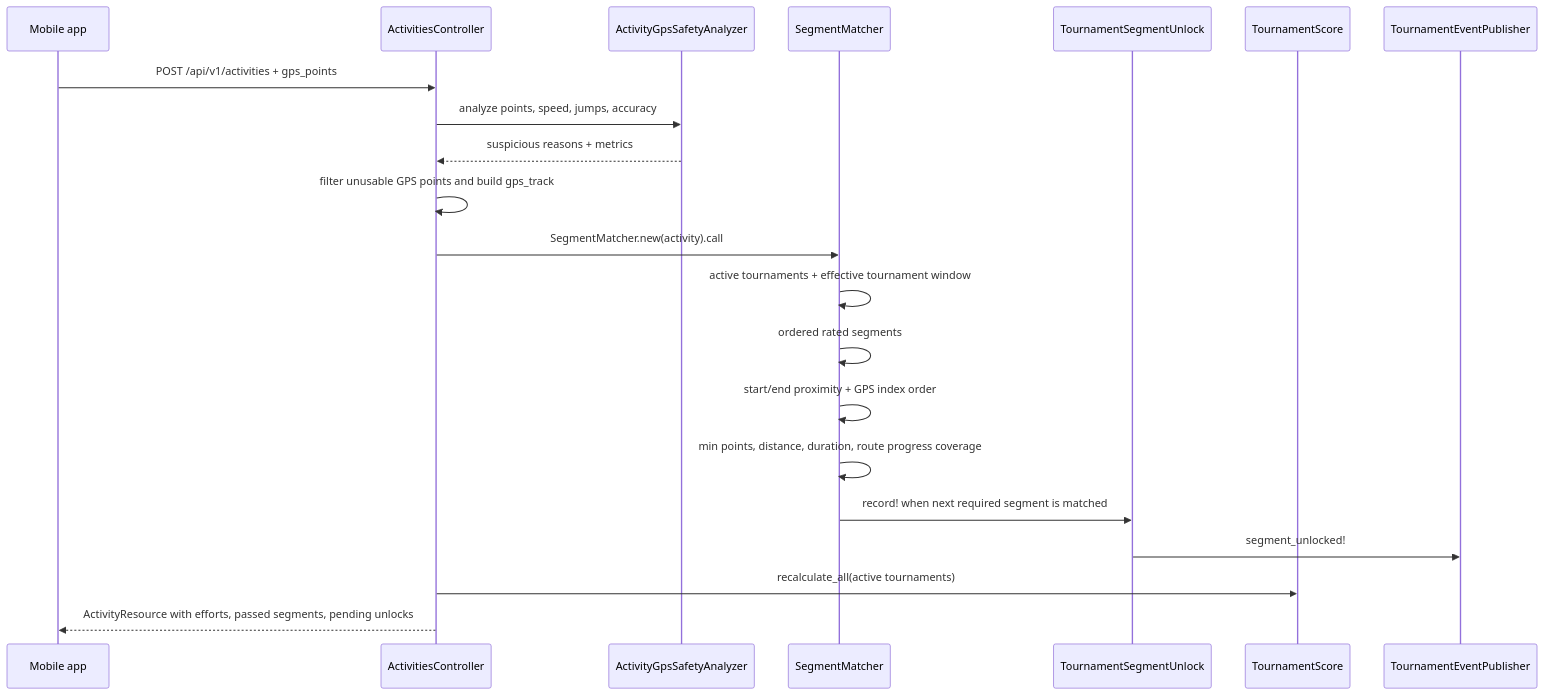
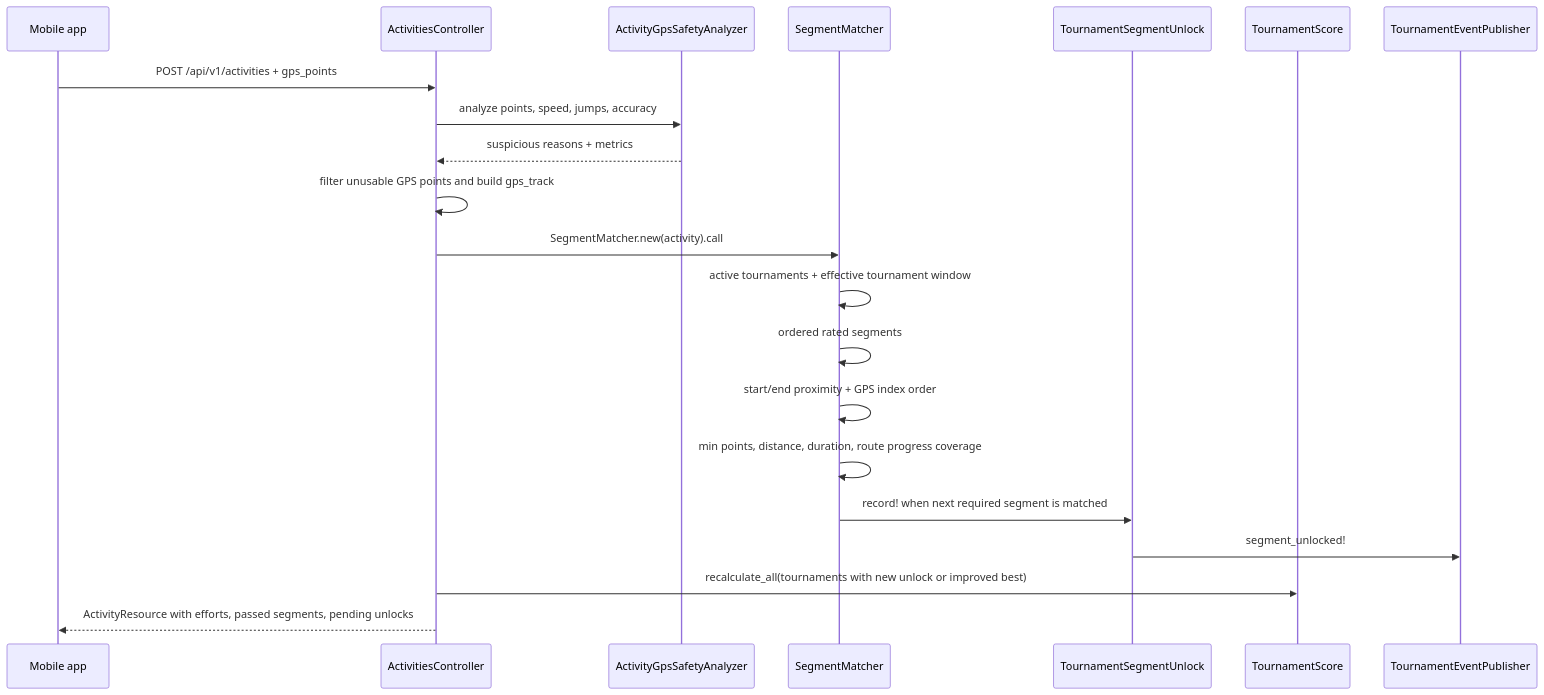
Before and after one commit to oleg-voloshyn/SplitRace: the second of 2 diagrams in docs/segment-tracking.md, drawn with Mermaid. The commit also changed other lines of this file and 7 other files, not shown here.

````diff
--- a/docs/segment-tracking.md
+++ b/docs/segment-tracking.md
@@ -57,24 +60,24 @@
 ```mermaid
 sequenceDiagram
   participant App as Mobile app
   participant API as ActivitiesController
   participant Safety as ActivityGpsSafetyAnalyzer
   participant Matcher as SegmentMatcher
   participant Unlock as TournamentSegmentUnlock
   participant Score as TournamentScore
   participant Feed as TournamentEventPublisher
 
   App->>API: POST /api/v1/activities + gps_points
   API->>Safety: analyze points, speed, jumps, accuracy
   Safety-->>API: suspicious reasons + metrics
   API->>API: filter unusable GPS points and build gps_track
   API->>Matcher: SegmentMatcher.new(activity).call
   Matcher->>Matcher: active tournaments + effective tournament window
   Matcher->>Matcher: ordered rated segments
   Matcher->>Matcher: start/end proximity + GPS index order
   Matcher->>Matcher: min points, distance, duration, route progress coverage
   Matcher->>Unlock: record! when next required segment is matched
   Unlock->>Feed: segment_unlocked!
-  API->>Score: recalculate_all(active tournaments)
+  API->>Score: recalculate_all(tournaments with new unlock or improved best)
   API-->>App: ActivityResource with efforts, passed segments, pending unlocks
 ```
````
